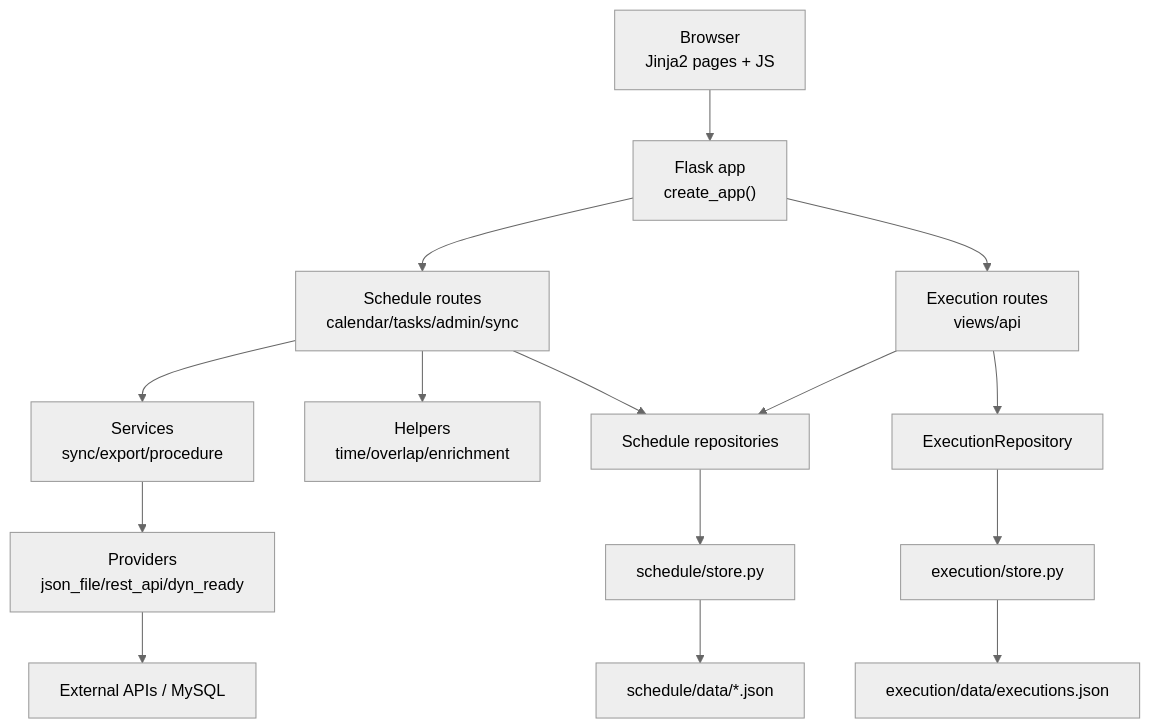
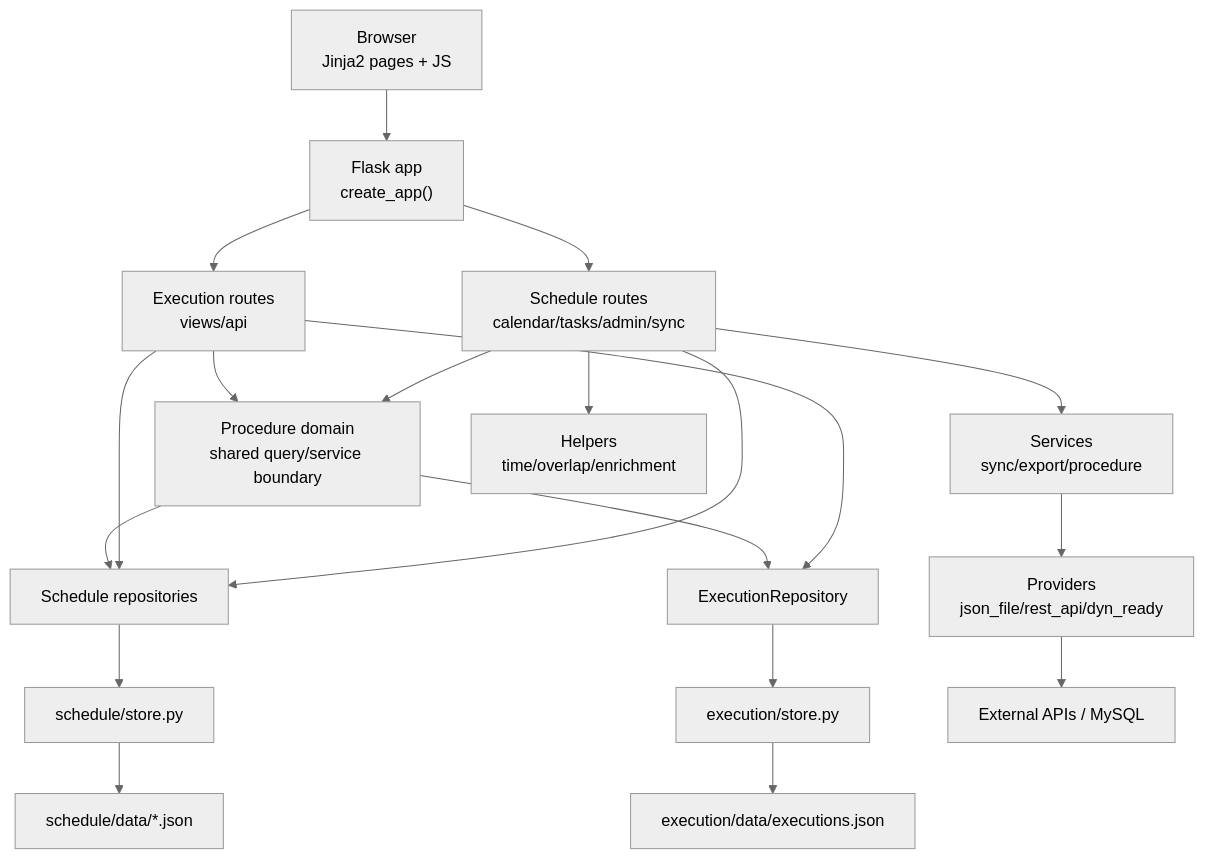
One commit to yangseungsang/scheduling changed the diagram in docs/architecture.md. Above: the diagram before and after it, drawn with Mermaid (neutral theme). The commit also changed other lines of this file and 14 other files, not shown here.

Commit message:
Introduce procedure domain boundary for issue 162

````diff
--- a/docs/architecture.md
+++ b/docs/architecture.md
@@ -69,32 +72,37 @@
 ```mermaid
 graph TD
     Browser["Browser<br/>Jinja2 pages + JS"]
     Flask["Flask app<br/>create_app()"]
     ScheduleRoutes["Schedule routes<br/>calendar/tasks/admin/sync"]
     ExecutionRoutes["Execution routes<br/>views/api"]
+    ProcedureDomain["Procedure domain<br/>shared query/service boundary"]
     Services["Services<br/>sync/export/procedure"]
     Helpers["Helpers<br/>time/overlap/enrichment"]
     ScheduleModels["Schedule repositories"]
     ExecutionModel["ExecutionRepository"]
     ScheduleStore["schedule/store.py"]
     ExecutionStore["execution/store.py"]
     ScheduleData["schedule/data/*.json"]
     ExecutionData["execution/data/executions.json"]
     Providers["Providers<br/>json_file/rest_api/dyn_ready"]
     External["External APIs / MySQL"]
 
     Browser --> Flask
     Flask --> ScheduleRoutes
     Flask --> ExecutionRoutes
+    ScheduleRoutes --> ProcedureDomain
+    ExecutionRoutes --> ProcedureDomain
     ScheduleRoutes --> Services
     ScheduleRoutes --> Helpers
     ScheduleRoutes --> ScheduleModels
     ExecutionRoutes --> ExecutionModel
     ExecutionRoutes --> ScheduleModels
     Services --> Providers
+    ProcedureDomain --> ScheduleModels
+    ProcedureDomain --> ExecutionModel
     Providers --> External
     ScheduleModels --> ScheduleStore
     ExecutionModel --> ExecutionStore
     ScheduleStore --> ScheduleData
     ExecutionStore --> ExecutionData
 ```
````
